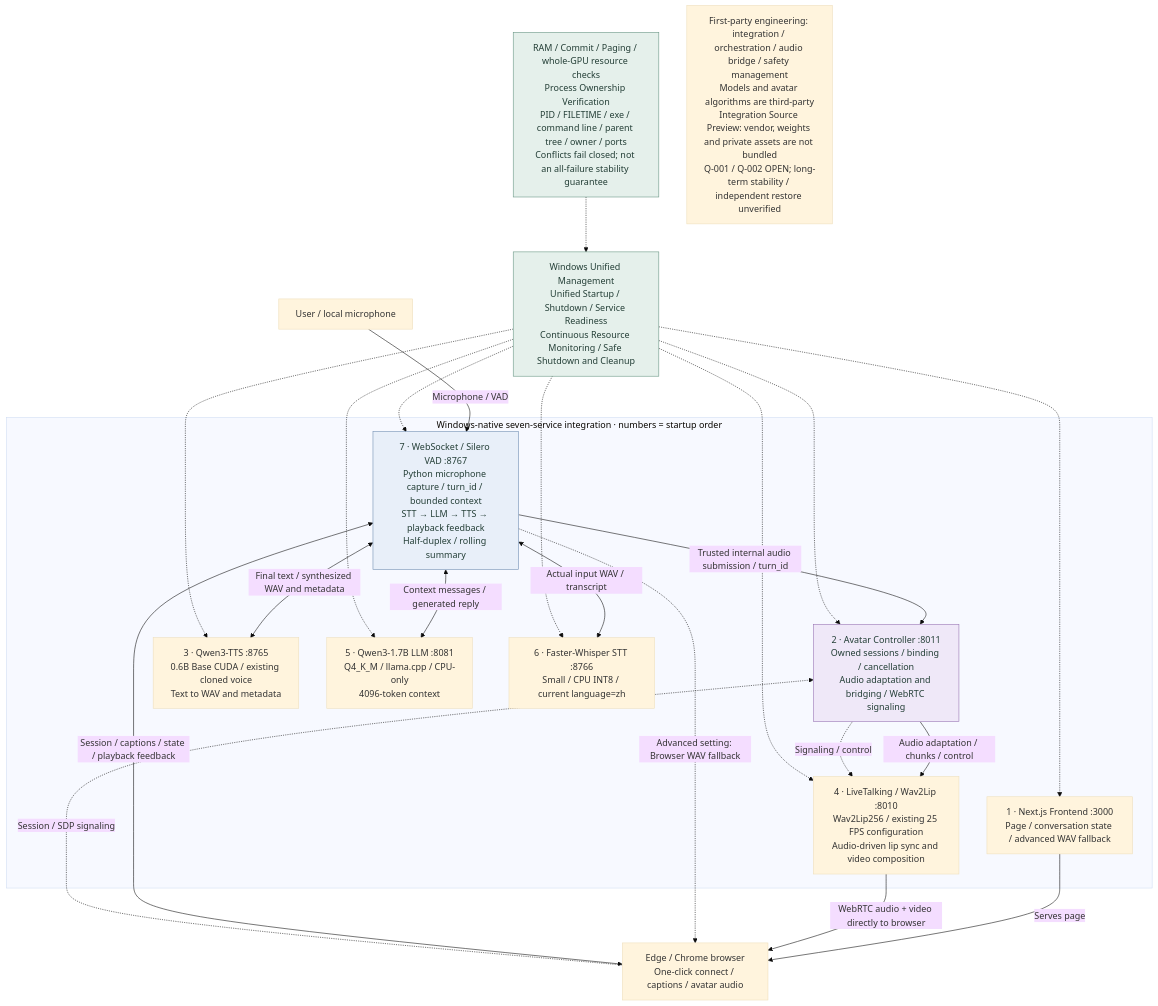
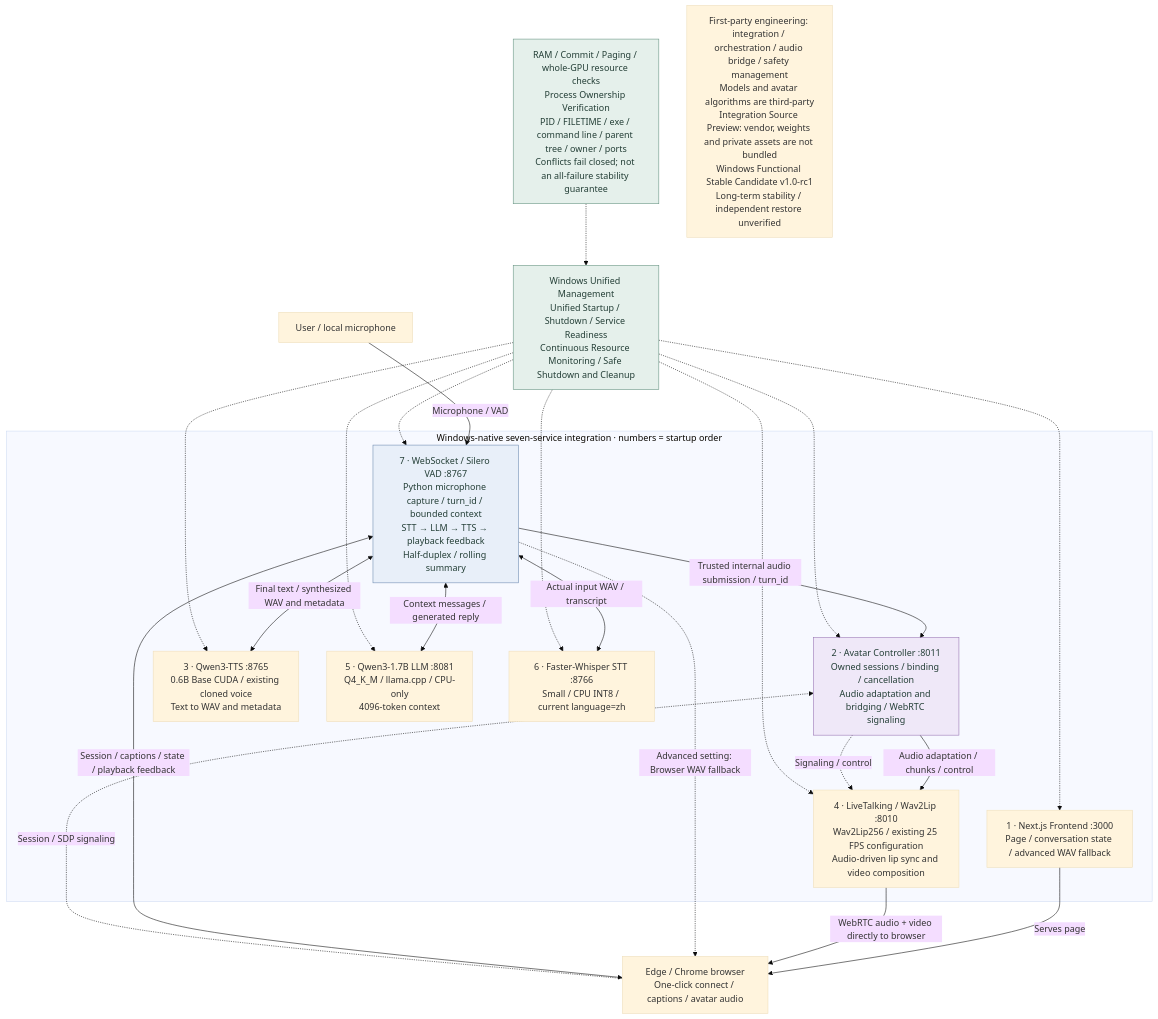
The diagram in assets/architecture/SEVEN_SERVICE_ARCHITECTURE_EN.mmd (edliu077/Local-Voice-Interactive-AI-System), drawn with Mermaid (base theme) before and after one commit. The commit also changed 8 other files, not shown here.

```diff
--- a/assets/architecture/SEVEN_SERVICE_ARCHITECTURE_EN.mmd
+++ b/assets/architecture/SEVEN_SERVICE_ARCHITECTURE_EN.mmd
@@ -1,37 +1,37 @@
 %% Local Voice-Interactive AI System — editable English architecture
 %% Seven numbered services; browser, microphone and management are not extra services.
 flowchart TB
     USER["User / local microphone"]
     BROWSER["Edge / Chrome browser<br/>One-click connect / captions / avatar audio"]
     MANAGER["Windows Unified Management<br/>Unified Startup / Shutdown / Service Readiness<br/>Continuous Resource Monitoring / Safe Shutdown and Cleanup"]
     MONITOR["RAM / Commit / Paging / whole-GPU resource checks<br/>Process Ownership Verification<br/>PID / FILETIME / exe / command line / parent tree / owner / ports<br/>Conflicts fail closed; not an all-failure stability guarantee"]
     subgraph SERVICES["Windows-native seven-service integration · numbers = startup order"]
         NEXT["1 · Next.js Frontend :3000<br/>Page / conversation state / advanced WAV fallback"]
         CTRL["2 · Avatar Controller :8011<br/>Owned sessions / binding / cancellation<br/>Audio adaptation and bridging / WebRTC signaling"]
         TTS["3 · Qwen3-TTS :8765<br/>0.6B Base CUDA / existing cloned voice<br/>Text to WAV and metadata"]
         LT["4 · LiveTalking / Wav2Lip :8010<br/>Wav2Lip256 / existing 25 FPS configuration<br/>Audio-driven lip sync and video composition"]
         LLM["5 · Qwen3-1.7B LLM :8081<br/>Q4_K_M / llama.cpp / CPU-only<br/>4096-token context"]
         STT["6 · Faster-Whisper STT :8766<br/>Small / CPU INT8 / current language=zh"]
         WS["7 · WebSocket / Silero VAD :8767<br/>Python microphone capture / turn_id / bounded context<br/>STT → LLM → TTS → playback feedback<br/>Half-duplex / rolling summary"]
     end
     USER -->|"Microphone / VAD"| WS
     NEXT -->|"Serves page"| BROWSER
     BROWSER <-->|"Session / captions / state / playback feedback"| WS
     WS <-->|"Actual input WAV / transcript"| STT
     WS <-->|"Context messages / generated reply"| LLM
     WS <-->|"Final text / synthesized WAV and metadata"| TTS
     WS -->|"Trusted internal audio submission / turn_id"| CTRL
     CTRL -->|"Audio adaptation / chunks / control"| LT
     LT -->|"WebRTC audio + video directly to browser"| BROWSER
     BROWSER -.->|"Session / SDP signaling"| CTRL
     CTRL -.->|"Signaling / control"| LT
     WS -.->|"Advanced setting: Browser WAV fallback"| BROWSER
     MANAGER -.-> NEXT & CTRL & TTS & LT & LLM & STT & WS
     MONITOR -.-> MANAGER
-    SCOPE["First-party engineering: integration / orchestration / audio bridge / safety management<br/>Models and avatar algorithms are third-party<br/>Integration Source Preview: vendor, weights and private assets are not bundled<br/>Q-001 / Q-002 OPEN; long-term stability / independent restore unverified"]
+    SCOPE["First-party engineering: integration / orchestration / audio bridge / safety management<br/>Models and avatar algorithms are third-party<br/>Integration Source Preview: vendor, weights and private assets are not bundled<br/>Windows Functional Stable Candidate v1.0-rc1<br/>Long-term stability / independent restore unverified"]
     classDef orchestration fill:#e8eff9,stroke:#6c8aaf,color:#233e36
     classDef bridge fill:#efe8f8,stroke:#9672b2,color:#233e36
     classDef management fill:#e5f0eb,stroke:#659381,color:#233e36
     class WS orchestration
     class CTRL bridge
     class MANAGER,MONITOR management
```
